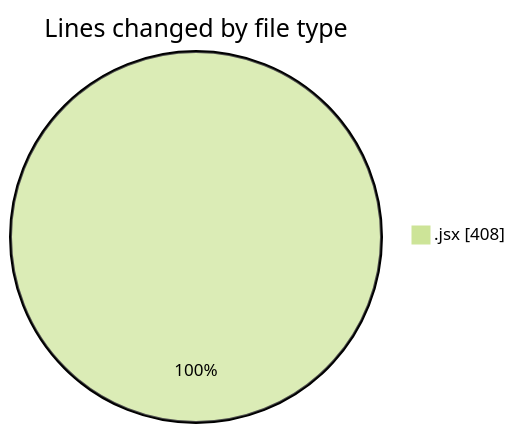
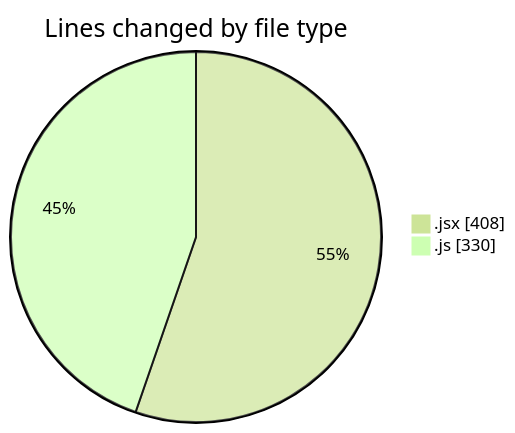
Before and after one commit to nxtqubesakshisongat/code-tracking: the first of 2 diagrams in 2025-06-27/nxtqube_webapp/README.md, drawn with Mermaid (forest theme). The commit also changed other lines of this file and 1 other file, not shown here.

````diff
--- a/2025-06-27/nxtqube_webapp/README.md
+++ b/2025-06-27/nxtqube_webapp/README.md
@@ -20,5 +21,6 @@
 ```mermaid
 pie showData
 title Lines changed by file type
 ".jsx" : 408
+".js" : 330
 ```
````
